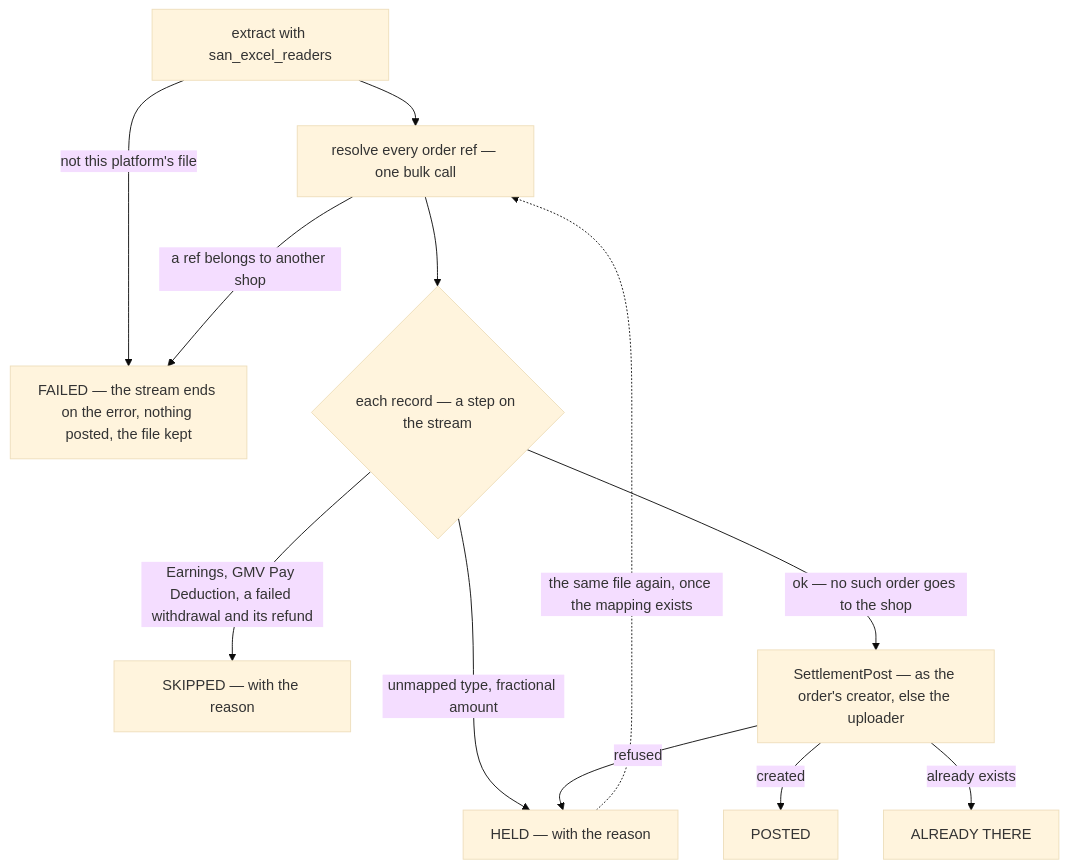
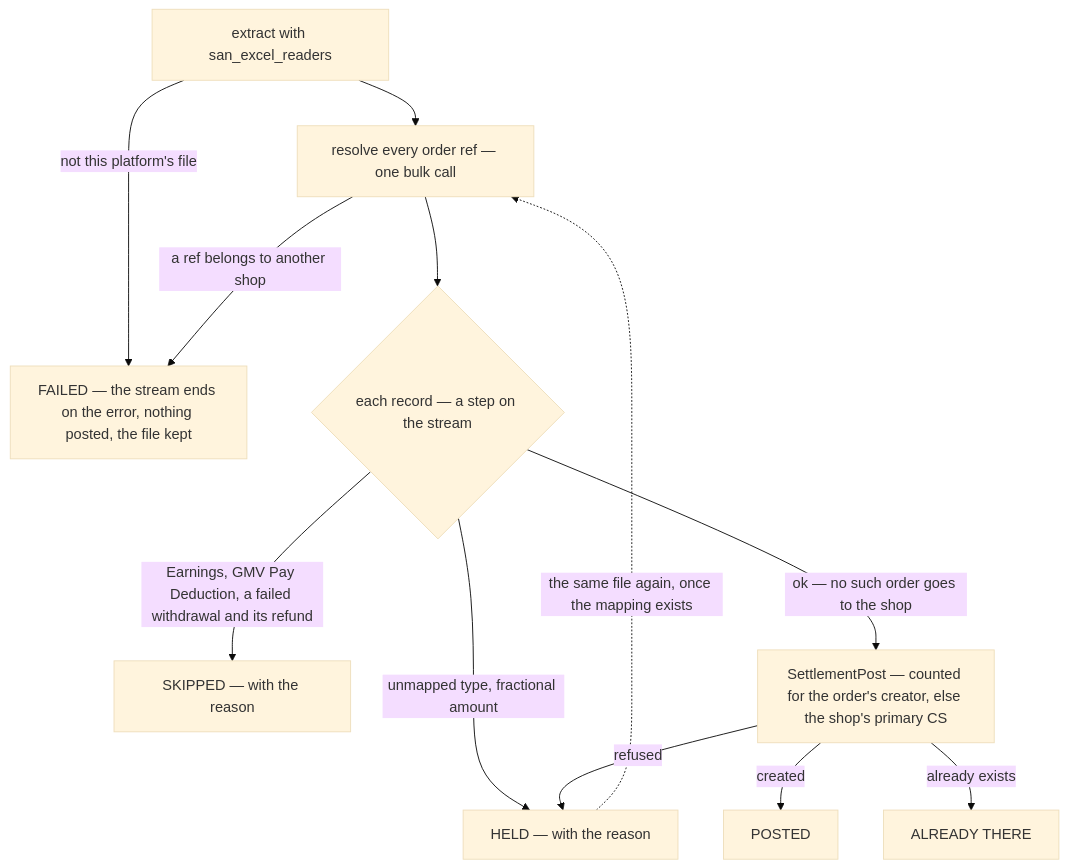
The fourth of 10 diagrams in docs/business/settlement/settlement_importer_clarify.md (pdcgo/warehouse_revamp), drawn with Mermaid (base theme) before and after one commit. The commit also changed other lines of this file and 7 other files, not shown here.

First line of the commit message:
settlement: record user-id-is-the-orders-creator-else-the-shops-primary-cs

````diff
--- a/docs/business/settlement/settlement_importer_clarify.md
+++ b/docs/business/settlement/settlement_importer_clarify.md
@@ -146,14 +146,14 @@
 ```mermaid
 flowchart TD
   P["extract with san_excel_readers"] -->|"not this platform's file"| F["FAILED — the stream ends on the error, nothing posted, the file kept"]
   P --> R["resolve every order ref — one bulk call"]
   R -->|"a ref belongs to another shop"| F
   R --> L{"each record — a step on the stream"}
   L -->|"Earnings, GMV Pay Deduction, a failed withdrawal and its refund"| SK["SKIPPED — with the reason"]
   L -->|"unmapped type, fractional amount"| H["HELD — with the reason"]
-  L -->|"ok — no such order goes to the shop"| W["SettlementPost — as the order's creator, else the uploader"]
+  L -->|"ok — no such order goes to the shop"| W["SettlementPost — counted for the order's creator, else the shop's primary CS"]
   W -->|"created"| PO["POSTED"]
   W -->|"already exists"| EX["ALREADY THERE"]
   W -->|"refused"| H
   H -.->|"the same file again, once the mapping exists"| R
 ```
````
